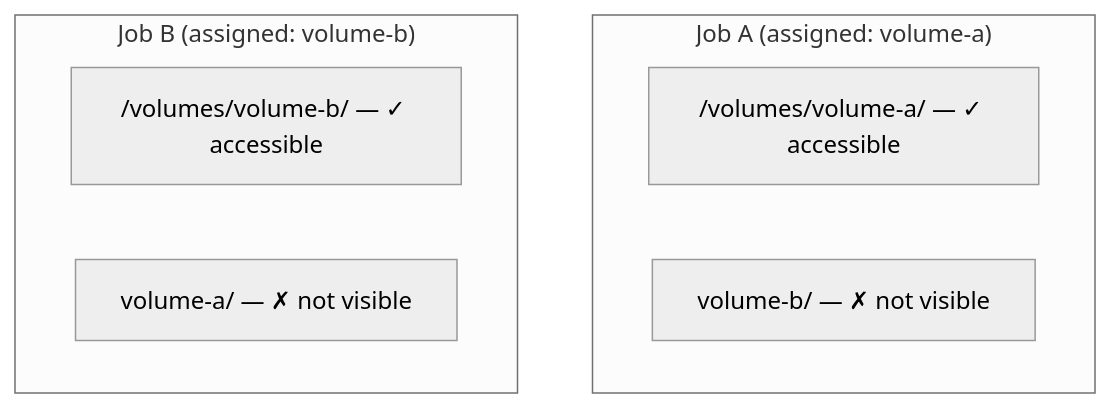
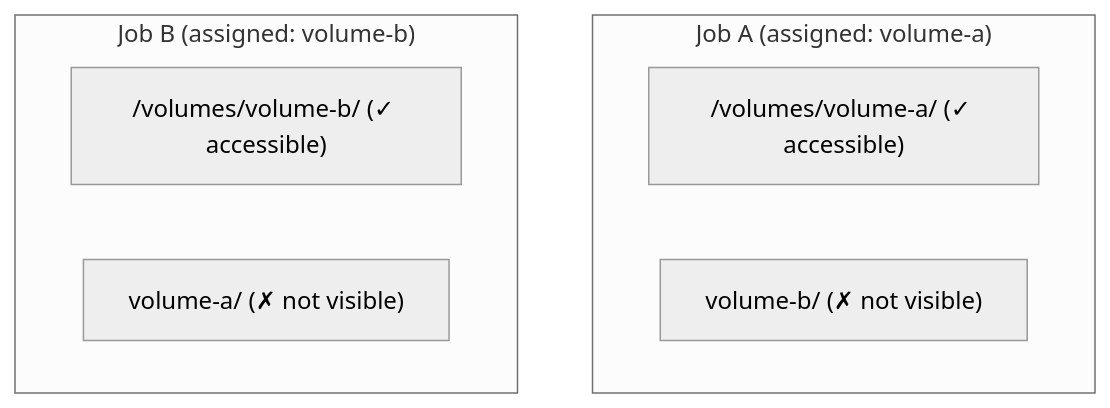
One commit to ehsaniara/joblet changed the first of 2 diagrams in docs/VOLUME_MANAGEMENT.md. Above: the diagram before and after it, drawn with Mermaid (neutral theme). The commit also changed 77 other files, not shown here.

````diff
--- a/docs/VOLUME_MANAGEMENT.md
+++ b/docs/VOLUME_MANAGEMENT.md
@@ -43,11 +43,11 @@
 ```mermaid
 flowchart TD
     subgraph JA["Job A (assigned: volume-a)"]
-        A1["/volumes/volume-a/ — ✓ accessible"]
-        A2["volume-b/ — ✗ not visible"]
+        A1["/volumes/volume-a/ (✓ accessible)"]
+        A2["volume-b/ (✗ not visible)"]
     end
     subgraph JB["Job B (assigned: volume-b)"]
-        B1["/volumes/volume-b/ — ✓ accessible"]
-        B2["volume-a/ — ✗ not visible"]
+        B1["/volumes/volume-b/ (✓ accessible)"]
+        B2["volume-a/ (✗ not visible)"]
     end
 ```
````
